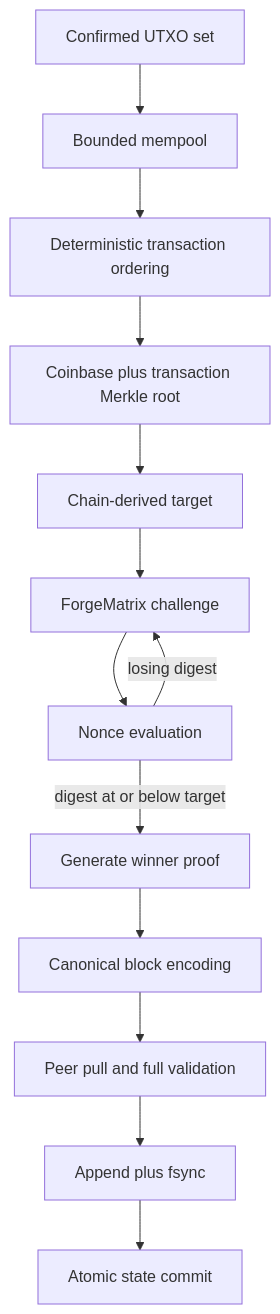
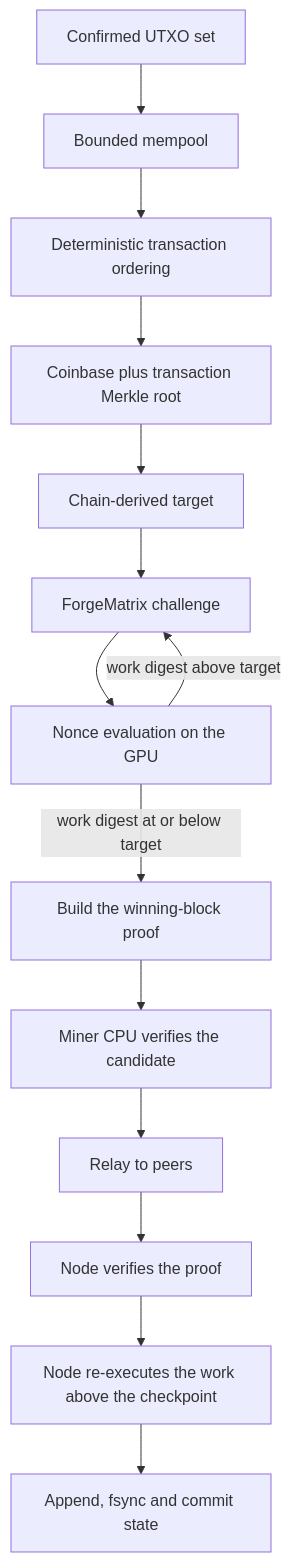
The second of 4 diagrams in docs/whitepaper.md (Common-Foundry-1/CommonFoundry), drawn with Mermaid before and after one commit. The commit also changed other lines of this file and 1 other file, not shown here.

````diff
--- a/docs/whitepaper.md
+++ b/docs/whitepaper.md
@@ -130,15 +124,16 @@
 ```mermaid
 flowchart TD
     A[Confirmed UTXO set] --> B[Bounded mempool]
     B --> C[Deterministic transaction ordering]
     C --> D[Coinbase plus transaction Merkle root]
     D --> E[Chain-derived target]
     E --> F[ForgeMatrix challenge]
-    F --> G[Nonce evaluation]
-    G -->|losing digest| F
-    G -->|digest at or below target| H[Generate winner proof]
-    H --> I[Canonical block encoding]
-    I --> J[Peer pull and full validation]
-    J --> K[Append plus fsync]
-    K --> L[Atomic state commit]
+    F --> G[Nonce evaluation on the GPU]
+    G -->|work digest above target| F
+    G -->|work digest at or below target| H[Build the winning-block proof]
+    H --> I[Miner CPU verifies the candidate]
+    I --> J[Relay to peers]
+    J --> K[Node verifies the proof]
+    K --> L[Node re-executes the work above the checkpoint]
+    L --> M[Append, fsync and commit state]
 ```
````
